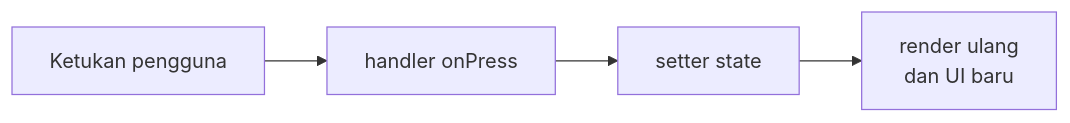
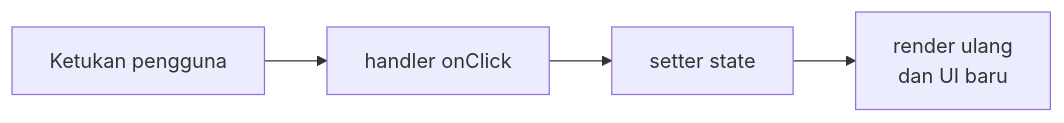
Before and after one commit to fast-ibbi/senin-v-p1: the diagram in slides/assets/diagrams/bab-04-dasar-react-04.mmd, drawn with Mermaid. The commit also changed 2 other files, not shown here.

```diff
--- a/slides/assets/diagrams/bab-04-dasar-react-04.mmd
+++ b/slides/assets/diagrams/bab-04-dasar-react-04.mmd
@@ -1,4 +1,4 @@
 graph LR
-  A["Ketukan pengguna"] --> B["handler onPress"]
+  A["Ketukan pengguna"] --> B["handler onClick"]
   B --> C["setter state"]
   C --> D["render ulang<br/>dan UI baru"]
```
